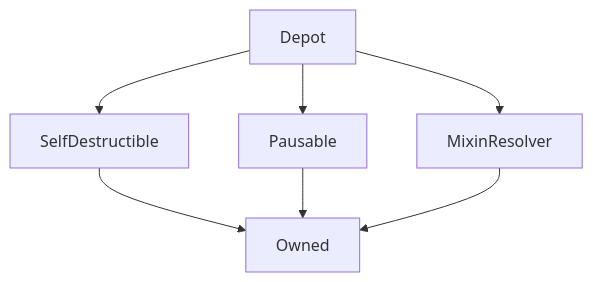
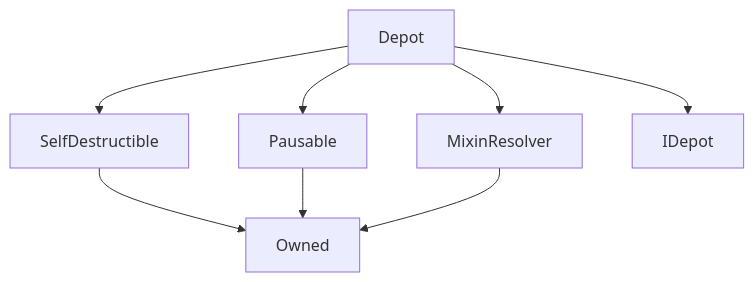
One commit to Synthetixio/synthetix-docs changed the diagram in content/contracts/source/contracts/Depot.md. Above: the diagram before and after it, drawn with Mermaid. The commit also changed other lines of this file and 71 other files, not shown here.

````diff
--- a/content/contracts/source/contracts/Depot.md
+++ b/content/contracts/source/contracts/Depot.md
@@ -24,10 +24,11 @@
 ```mermaid
 graph TD
     Depot[Depot] --> SelfDestructible[SelfDestructible]
     Depot[Depot] --> Pausable[Pausable]
     Depot[Depot] --> MixinResolver[MixinResolver]
+    Depot[Depot] --> IDepot[IDepot]
     SelfDestructible[SelfDestructible] --> Owned[Owned]
     Pausable[Pausable] --> Owned[Owned]
     MixinResolver[MixinResolver] --> Owned[Owned]
 
 ```
````
